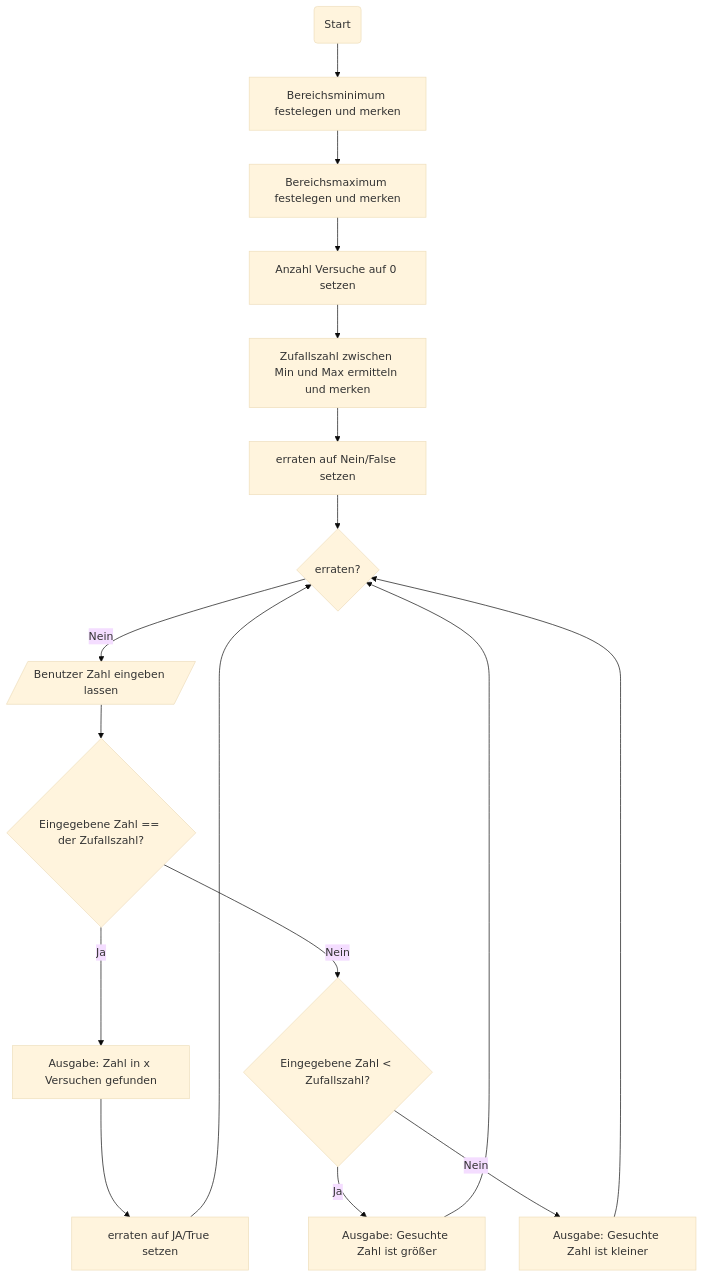
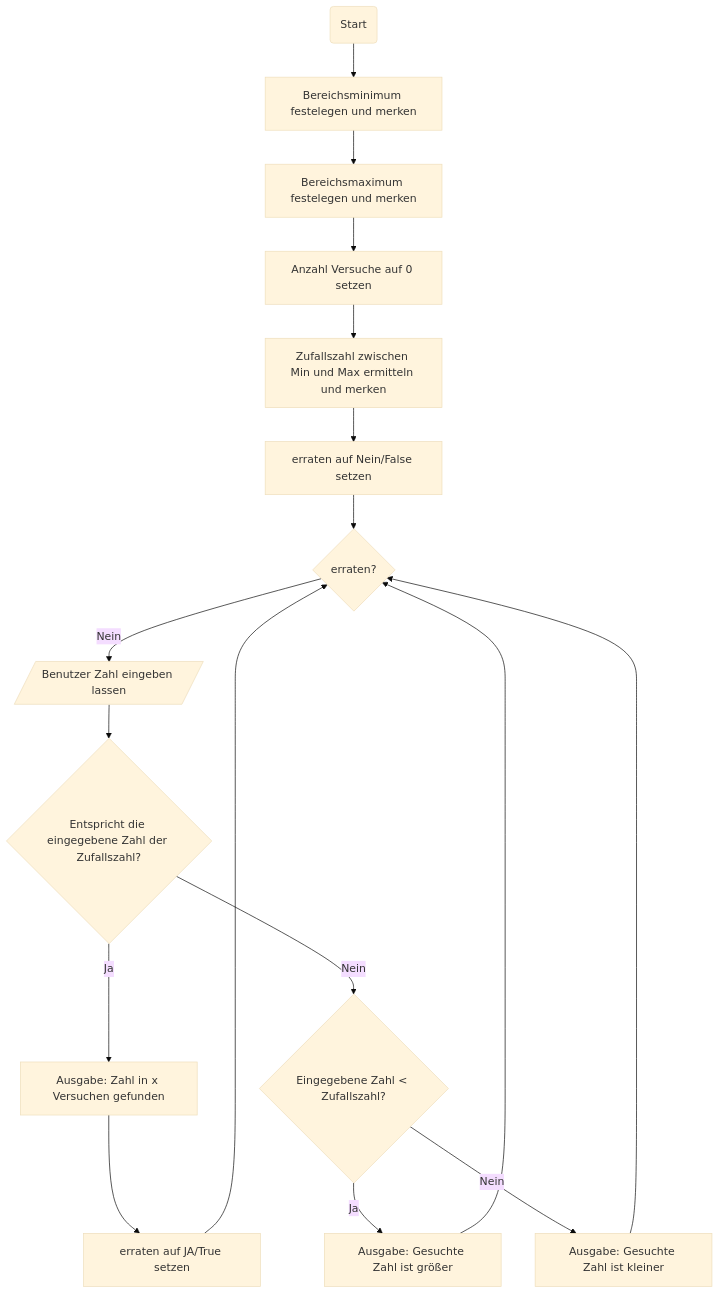
The diagram in VO-Teil-1/GrundkonzepteProgrammierung/Zahlenraten/README.md (clander/voprogrammieren), drawn with Mermaid (base theme) before and after one commit. The commit also changed other lines of this file, not shown here.

Commit message:
Zahlenraten

````diff
--- a/VO-Teil-1/GrundkonzepteProgrammierung/Zahlenraten/README.md
+++ b/VO-Teil-1/GrundkonzepteProgrammierung/Zahlenraten/README.md
@@ -54,13 +54,13 @@
 ```mermaid
 flowchart TD
     A(Start) --> B[Bereichsminimum festelegen und merken] --> C[Bereichsmaximum festelegen und merken]-->D[Anzahl Versuche auf 0 setzen] -->E[Zufallszahl zwischen Min und Max ermitteln und merken] --> F[erraten auf Nein/False setzen]
     F-->G{erraten?}
     G-->|Nein|H[/Benutzer Zahl eingeben lassen/]
-    H-->I{Eingegebene Zahl == der Zufallszahl?}
+    H-->I{Entspricht die eingegebene Zahl der Zufallszahl?}
     I-->|Ja|M[Ausgabe: Zahl in x Versuchen gefunden]
     M-->N[erraten auf JA/True setzen]
     N-->G
     I-->|Nein|J{Eingegebene Zahl < Zufallszahl?}
     J-->|Ja|L[Ausgabe: Gesuchte Zahl ist größer]-->G
     J-->|Nein|K[Ausgabe: Gesuchte Zahl ist kleiner]-->G
 ```
````
